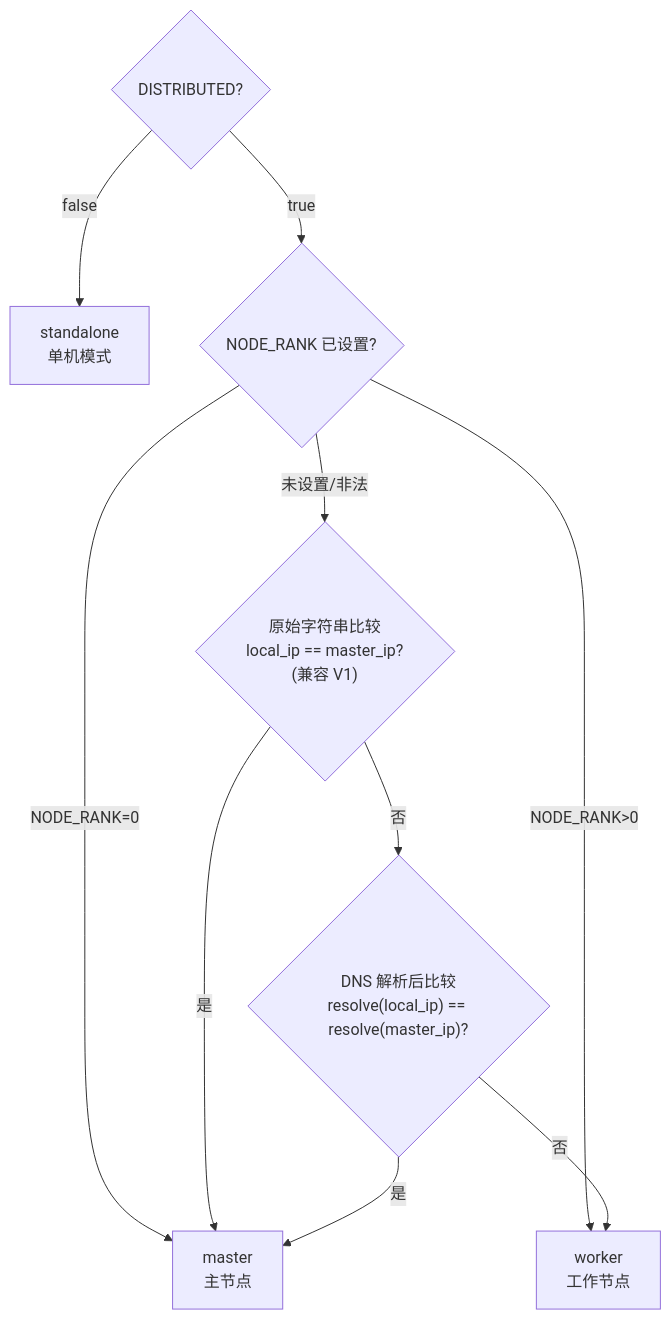
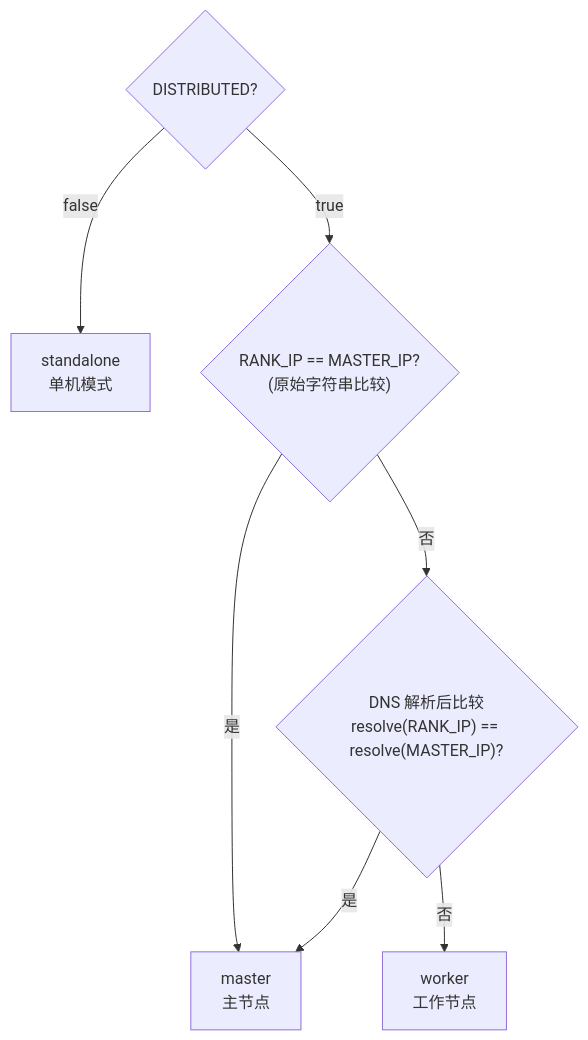
One commit to thegodloy-jpg/infer-control-sidecar-unified changed the fourth of 16 diagrams in untalking/untalking-反串讲-20260315-v1.md. Above: the diagram before and after it, drawn with Mermaid. The commit also changed other lines of this file and 44 other files, not shown here.

````diff
--- a/untalking/untalking-反串讲-20260315-v1.md
+++ b/untalking/untalking-反串讲-20260315-v1.md
@@ -503,12 +503,9 @@
 ```mermaid
 flowchart TD
     A{"DISTRIBUTED?"} -->|false| B["standalone<br/>单机模式"]
-    A -->|true| C{"NODE_RANK 已设置?"}
-    C -->|"NODE_RANK=0"| D["master<br/>主节点"]
-    C -->|"NODE_RANK>0"| E["worker<br/>工作节点"]
-    C -->|"未设置/非法"| F{"原始字符串比较<br/>local_ip == master_ip?<br/>(兼容 V1)"}
-    F -->|是| D
-    F -->|否| G{"DNS 解析后比较<br/>resolve(local_ip) == resolve(master_ip)?"}
+    A -->|true| F{"RANK_IP == MASTER_IP?<br/>(原始字符串比较)"}
+    F -->|是| D["master<br/>主节点"]
+    F -->|否| G{"DNS 解析后比较<br/>resolve(RANK_IP) == resolve(MASTER_IP)?"}
     G -->|是| D
-    G -->|否| E
+    G -->|否| E["worker<br/>工作节点"]
 ```
````
